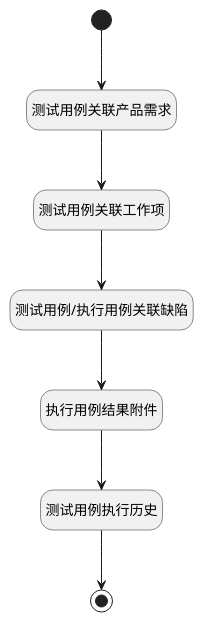
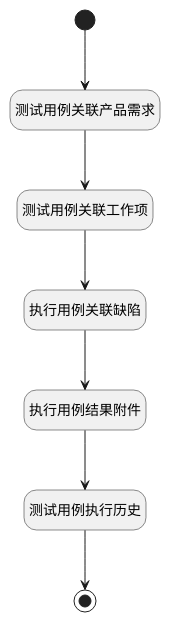
Before and after one commit to iBizLab/plm: the diagram in doc/docsify/module/TestMgmt/run/logic/run_re_counters.md, drawn with PlantUML. The commit also changed other lines of this file and 2344 other files, not shown here.

````diff
--- a/doc/docsify/module/TestMgmt/run/logic/run_re_counters.md
+++ b/doc/docsify/module/TestMgmt/run/logic/run_re_counters.md
@@ -7,29 +7,29 @@
 ```plantuml
 @startuml
 hide empty description
 <style>
 root {
   HyperlinkColor #42b983
 }
 </style>
 
 hide empty description
 state "开始" as Begin <<start>> [[$./run_re_counters#begin {"开始"}]]
-state "执行用例结果附件" as RAWSQLCALL5  [[$./run_re_counters#rawsqlcall5 {"执行用例结果附件"}]]
 state "结束" as END1 <<end>> [[$./run_re_counters#end1 {"结束"}]]
 state "测试用例关联产品需求" as RAWSQLCALL1  [[$./run_re_counters#rawsqlcall1 {"测试用例关联产品需求"}]]
 state "测试用例关联工作项" as RAWSQLCALL2  [[$./run_re_counters#rawsqlcall2 {"测试用例关联工作项"}]]
-state "测试用例/执行用例关联缺陷" as RAWSQLCALL3  [[$./run_re_counters#rawsqlcall3 {"测试用例/执行用例关联缺陷"}]]
+state "执行用例关联缺陷" as RAWSQLCALL3  [[$./run_re_counters#rawsqlcall3 {"执行用例关联缺陷"}]]
+state "执行用例结果附件" as RAWSQLCALL5  [[$./run_re_counters#rawsqlcall5 {"执行用例结果附件"}]]
 state "测试用例执行历史" as RAWSQLCALL4  [[$./run_re_counters#rawsqlcall4 {"测试用例执行历史"}]]
 
 
 Begin --> RAWSQLCALL1
 RAWSQLCALL1 --> RAWSQLCALL2
 RAWSQLCALL2 --> RAWSQLCALL3
 RAWSQLCALL3 --> RAWSQLCALL5
 RAWSQLCALL5 --> RAWSQLCALL4
 RAWSQLCALL4 --> END1
 
 
 @enduml
 ```
````
